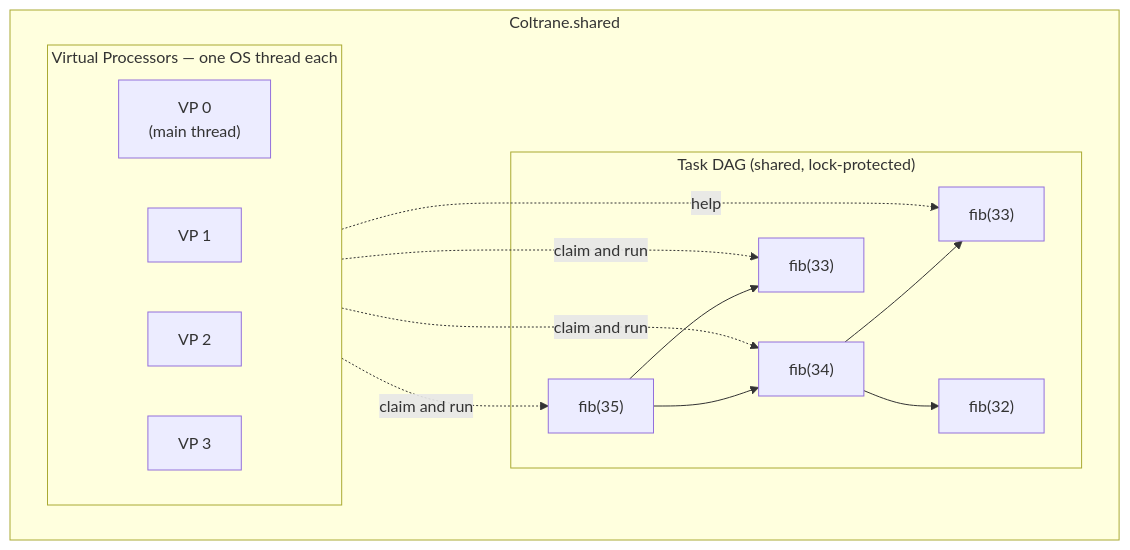
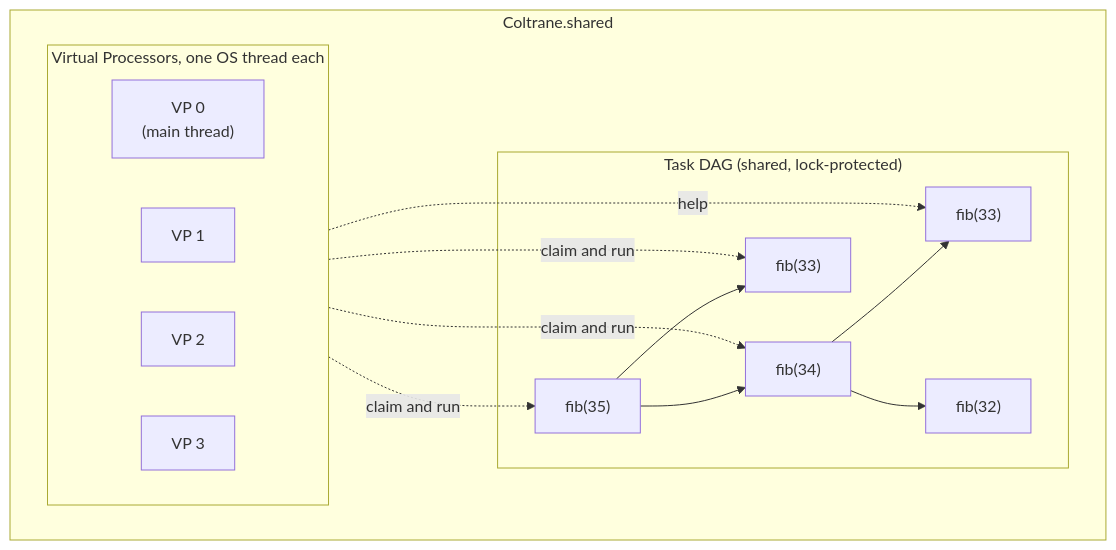
Before and after one commit to otaviocc/Coltrane: the first of 2 diagrams in README.md, drawn with Mermaid. The commit also changed other lines of this file, not shown here.

````diff
--- a/README.md
+++ b/README.md
@@ -100,27 +100,27 @@
 ```mermaid
 flowchart TB
     subgraph RT["Coltrane.shared"]
-        subgraph VPs["Virtual Processors — one OS thread each"]
+        subgraph VPs["Virtual Processors, one OS thread each"]
             direction LR
             VP0["VP 0<br/>(main thread)"]
             VP1["VP 1"]
             VP2["VP 2"]
             VP3["VP 3"]
         end
         subgraph DAG["Task DAG (shared, lock-protected)"]
             ROOT["fib(35)"]
             C1["fib(34)"]
             C2["fib(33)"]
             G1["fib(33)"]
             G2["fib(32)"]
             ROOT --> C1
             ROOT --> C2
             C1 --> G1
             C1 --> G2
         end
     end
     VP0 -. claim and run .-> ROOT
     VP1 -. claim and run .-> C1
     VP2 -. claim and run .-> C2
     VP3 -. help .-> G1
 ```
````
